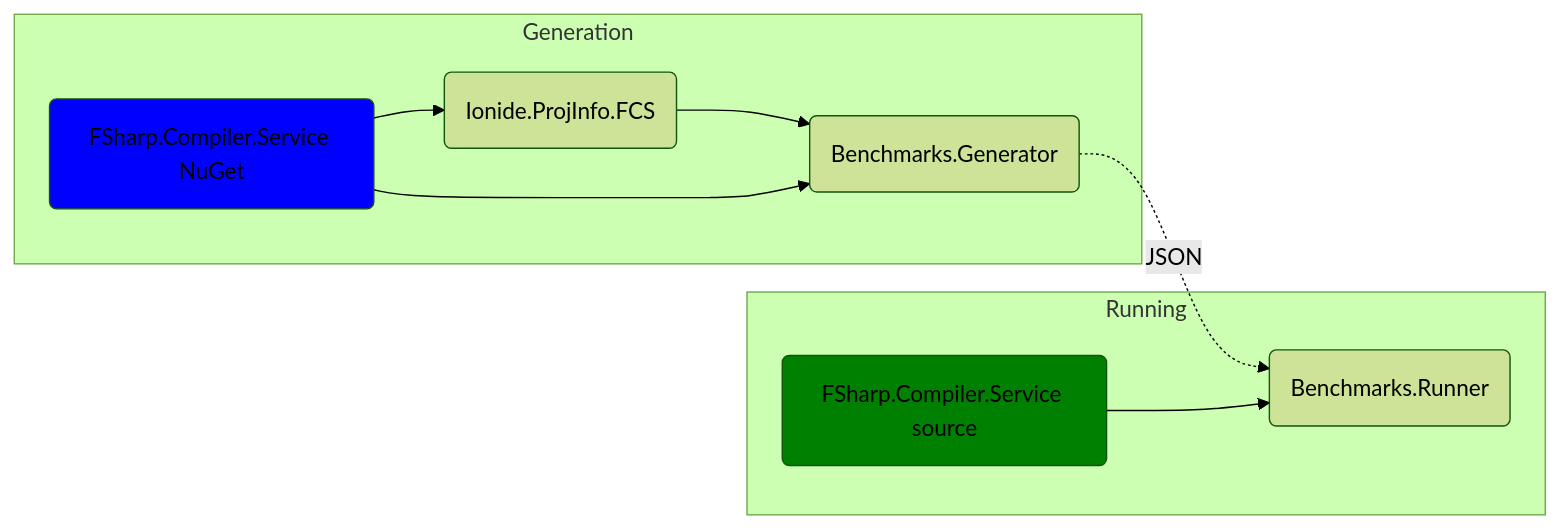
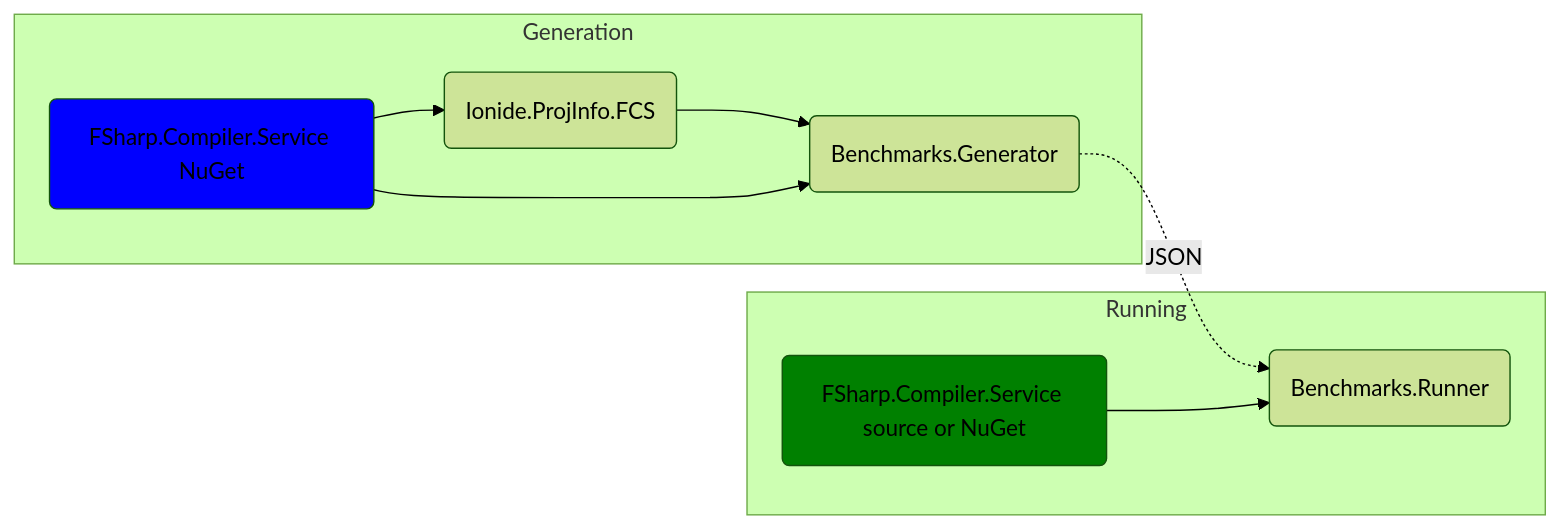
The first of 2 diagrams in README.md (safesparrow/fsharp-benchmark-generator), drawn with Mermaid (forest theme) before and after one commit. The commit also changed other lines of this file, not shown here.

````diff
--- a/README.md
+++ b/README.md
@@ -8,16 +16,16 @@
 ```mermaid
 graph LR;
     subgraph Generation
         A1(Ionide.ProjInfo.FCS) --> A2(Benchmarks.Generator)
         A3 --> A1
         A3(FSharp.Compiler.Service NuGet) --> A2
         style A3 fill:Blue
     end
 
     A2 -.->|JSON| R2
     
     subgraph Running
-        R1(FSharp.Compiler.Service source) --> R2(Benchmarks.Runner)
+        R1(FSharp.Compiler.Service source or NuGet) --> R2(Benchmarks.Runner)
         style R1 fill:green
     end
 ```
````
